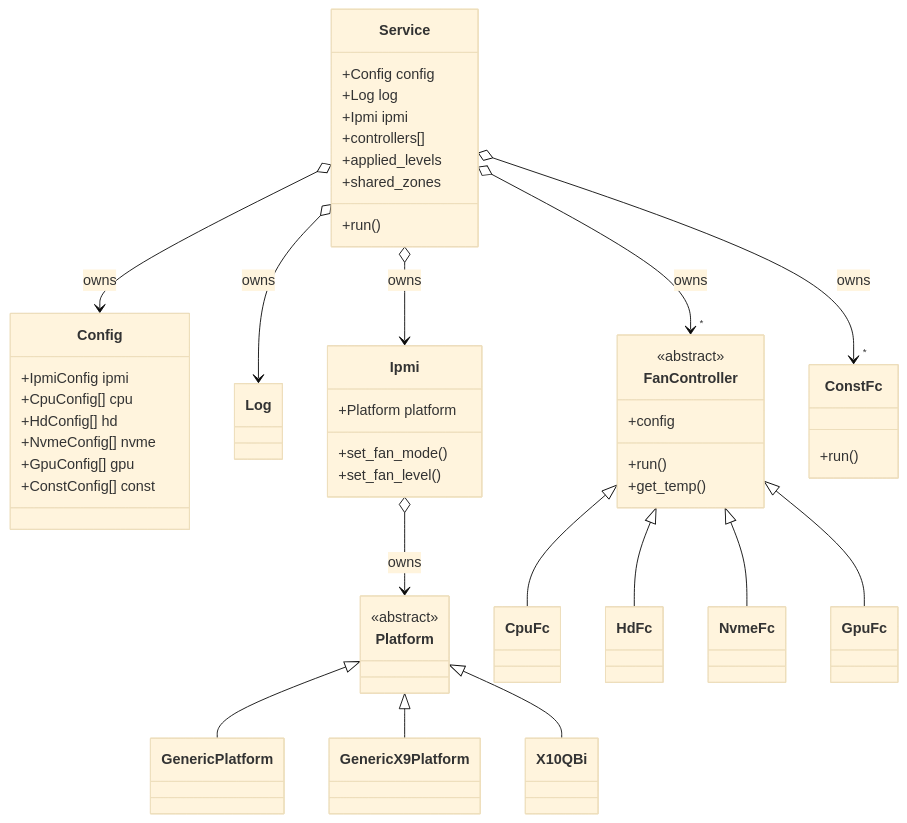
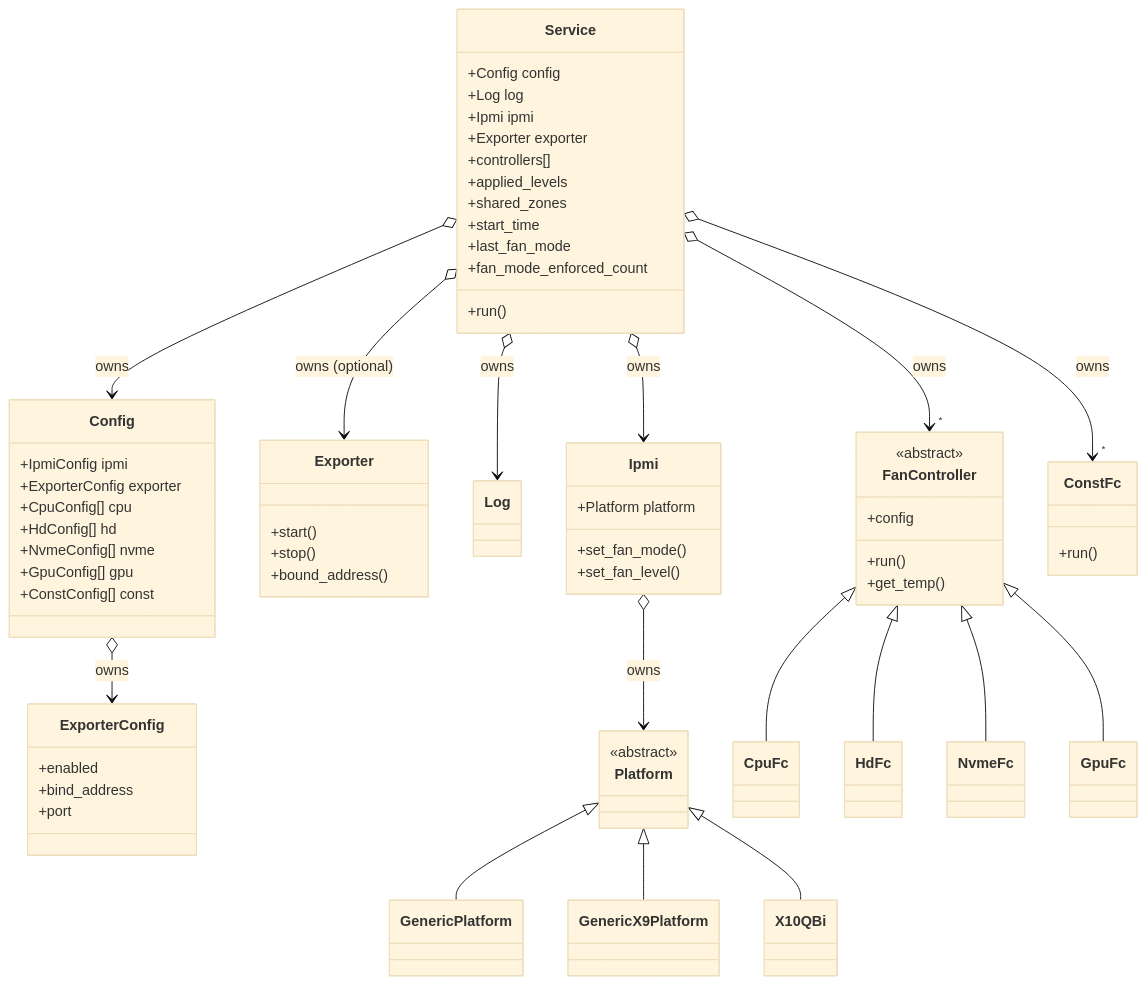
The second of 10 diagrams in ARCHITECTURE.md (petersulyok/smfc), drawn with Mermaid (base theme) before and after one commit. The commit also changed other lines of this file and 1 other file, not shown here.

Commit message:
New: http exporter and smfc-client documentation updated.

````diff
--- a/ARCHITECTURE.md
+++ b/ARCHITECTURE.md
@@ -83,60 +92,77 @@
 ```mermaid
 classDiagram
     class Service {
         +Config config
         +Log log
         +Ipmi ipmi
+        +Exporter exporter
         +controllers[]
         +applied_levels
         +shared_zones
+        +start_time
+        +last_fan_mode
+        +fan_mode_enforced_count
         +run()
     }
     class Config {
         +IpmiConfig ipmi
+        +ExporterConfig exporter
         +CpuConfig[] cpu
         +HdConfig[] hd
         +NvmeConfig[] nvme
         +GpuConfig[] gpu
         +ConstConfig[] const
+    }
+    class ExporterConfig {
+        +enabled
+        +bind_address
+        +port
+    }
+    class Exporter {
+        +start()
+        +stop()
+        +bound_address()
     }
     class Log
     class Ipmi {
         +Platform platform
         +set_fan_mode()
         +set_fan_level()
     }
     class Platform {
         <<abstract>>
     }
     class GenericPlatform
     class GenericX9Platform
     class X10QBi
 
     class FanController {
         <<abstract>>
         +config
         +run()
         +get_temp()
     }
     class CpuFc
     class HdFc
     class NvmeFc
     class GpuFc
     class ConstFc {
         +run()
     }
 
-    Service o--> Config       : owns
-    Service o--> Log          : owns
-    Service o--> Ipmi         : owns
+    Service o--> Config            : owns
+    Service o--> Log               : owns
+    Service o--> Ipmi              : owns
+    Service o--> Exporter          : owns (optional)
     Service o--> "*" FanController : owns
     Service o--> "*" ConstFc       : owns
-    Ipmi o--> Platform        : owns
+    Config o--> ExporterConfig     : owns
+    Ipmi o--> Platform             : owns
     Platform <|-- GenericPlatform
     Platform <|-- GenericX9Platform
     Platform <|-- X10QBi
     FanController <|-- CpuFc
     FanController <|-- HdFc
     FanController <|-- NvmeFc
     FanController <|-- GpuFc
 ```
````
